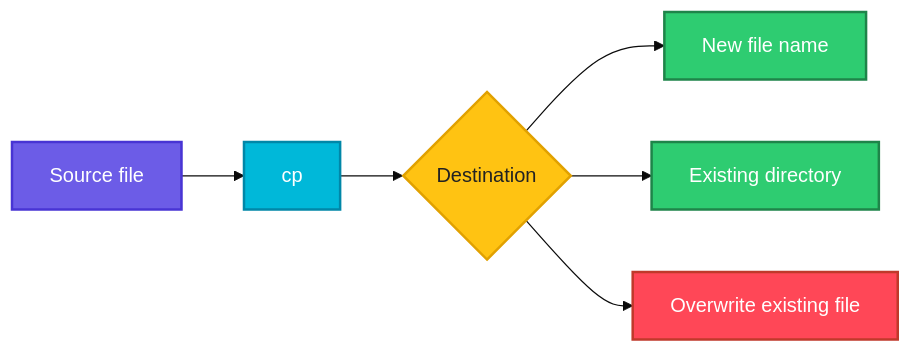
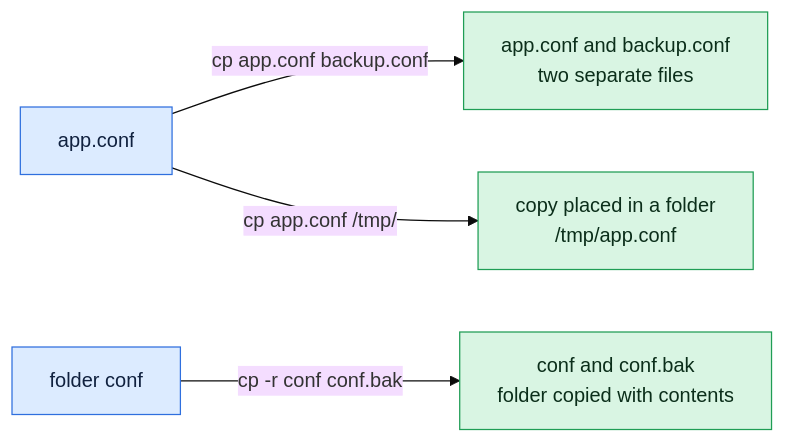
One commit to codeKerdosTech/DevOps-Documentation changed the diagram in linux/file-management/cp.md. Above: the diagram before and after it, drawn with Mermaid (base theme). The commit also changed other lines of this file and 165 other files, not shown here.

Commit message:
updated diagrams in linux

````diff
--- a/linux/file-management/cp.md
+++ b/linux/file-management/cp.md
@@ -15,20 +15,13 @@
 ```mermaid
 flowchart LR
-    A[Source file] --> B[cp]
-    B --> C{Destination}
-    C --> D[New file name]
-    C --> E[Existing directory]
-    C --> F[Overwrite existing file]
-    classDef start fill:#6C5CE7,stroke:#4834D4,stroke-width:2px,color:#fff
-    classDef proc fill:#00B8D9,stroke:#0087A8,stroke-width:2px,color:#fff
-    classDef dec fill:#FFC312,stroke:#E1A100,stroke-width:2px,color:#222
-    classDef ok fill:#2ECC71,stroke:#1E8449,stroke-width:2px,color:#fff
-    classDef err fill:#FF4757,stroke:#C0392B,stroke-width:2px,color:#fff
-    classDef out fill:#FD79A8,stroke:#E84393,stroke-width:2px,color:#fff
-    classDef alt fill:#FF9F43,stroke:#E67E22,stroke-width:2px,color:#fff
-    class A start
-    class B proc
-    class C dec
-    class D,E ok
-    class F err
+    i1[app.conf] -->|cp app.conf backup.conf| o1[app.conf and backup.conf<br/>two separate files]
+    i1 -->|cp app.conf /tmp/| o2[copy placed in a folder<br/>/tmp/app.conf]
+    i2[folder conf] -->|cp -r conf conf.bak| o3[conf and conf.bak<br/>folder copied with contents]
+    classDef inp fill:#DCEBFF,stroke:#2F6FDE,color:#10213F
+    classDef cmd fill:#FFF0C2,stroke:#C98A00,color:#3A2A00
+    classDef out fill:#D9F5E3,stroke:#1F9D55,color:#0B2E1A
+    classDef bad fill:#FDE0E0,stroke:#D13B3B,color:#4A0F0F
+    classDef note fill:#ECEFF3,stroke:#7B8794,color:#1F2933
+    class i1,i2 inp
+    class o1,o2,o3 out
 ```
````
